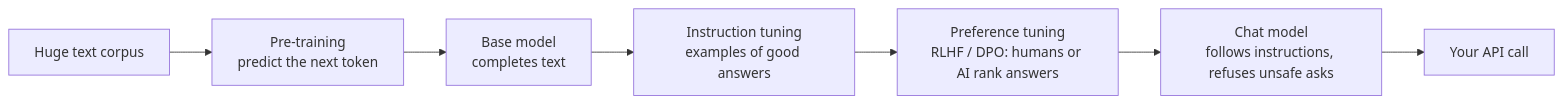
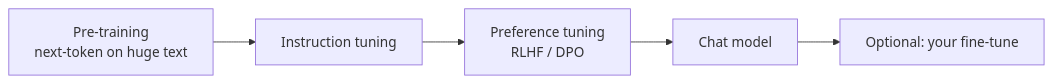
Before and after one commit to kiaanwankhede/MyNotes: the second of 2 diagrams in books/llm/03-inside-the-model.md, drawn with Mermaid. The commit also changed other lines of this file and 1 other file, not shown here.

````diff
--- a/books/llm/03-inside-the-model.md
+++ b/books/llm/03-inside-the-model.md
@@ -132,9 +47,4 @@
 ```mermaid
 flowchart LR
-    D["Huge text corpus"] --> PT["Pre-training<br/>predict the next token"]
-    PT --> BM["Base model<br/>completes text"]
-    BM --> IT["Instruction tuning<br/>examples of good answers"]
-    IT --> PR["Preference tuning<br/>RLHF / DPO: humans or AI rank answers"]
-    PR --> CM["Chat model<br/>follows instructions, refuses unsafe asks"]
-    CM --> API["Your API call"]
+    PT["Pre-training<br/>next-token on huge text"] --> IT["Instruction tuning"] --> PR["Preference tuning<br/>RLHF / DPO"] --> CM["Chat model"] --> FT["Optional: your fine-tune"]
 ```
````
